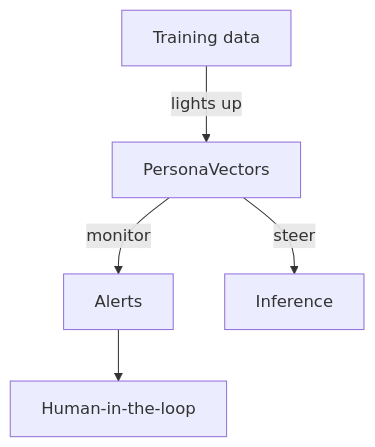
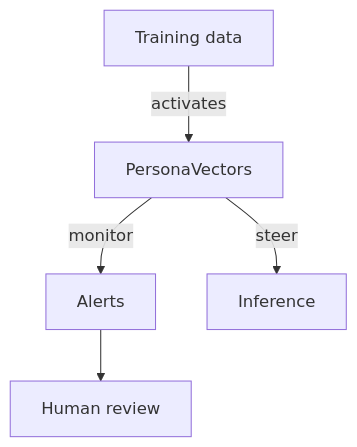
Before and after one commit to zaffnet/zaffnet.github.io: the diagram in _posts/2025-09-01-persona-vectors.md, drawn with Mermaid. The commit also changed other lines of this file and 3 other files, not shown here.

````diff
--- a/_posts/2025-09-01-persona-vectors.md
+++ b/_posts/2025-09-01-persona-vectors.md
@@ -41,7 +43,7 @@
 ```mermaid
 flowchart TD
-  Data[Training data] -->|lights up| PersonaVectors
+  Data[Training data] -->|activates| PersonaVectors
   PersonaVectors -->|monitor| Alerts
   PersonaVectors -->|steer| Inference
-  Alerts --> Humans[Human-in-the-loop]
+  Alerts --> Humans[Human review]
 ```
````
